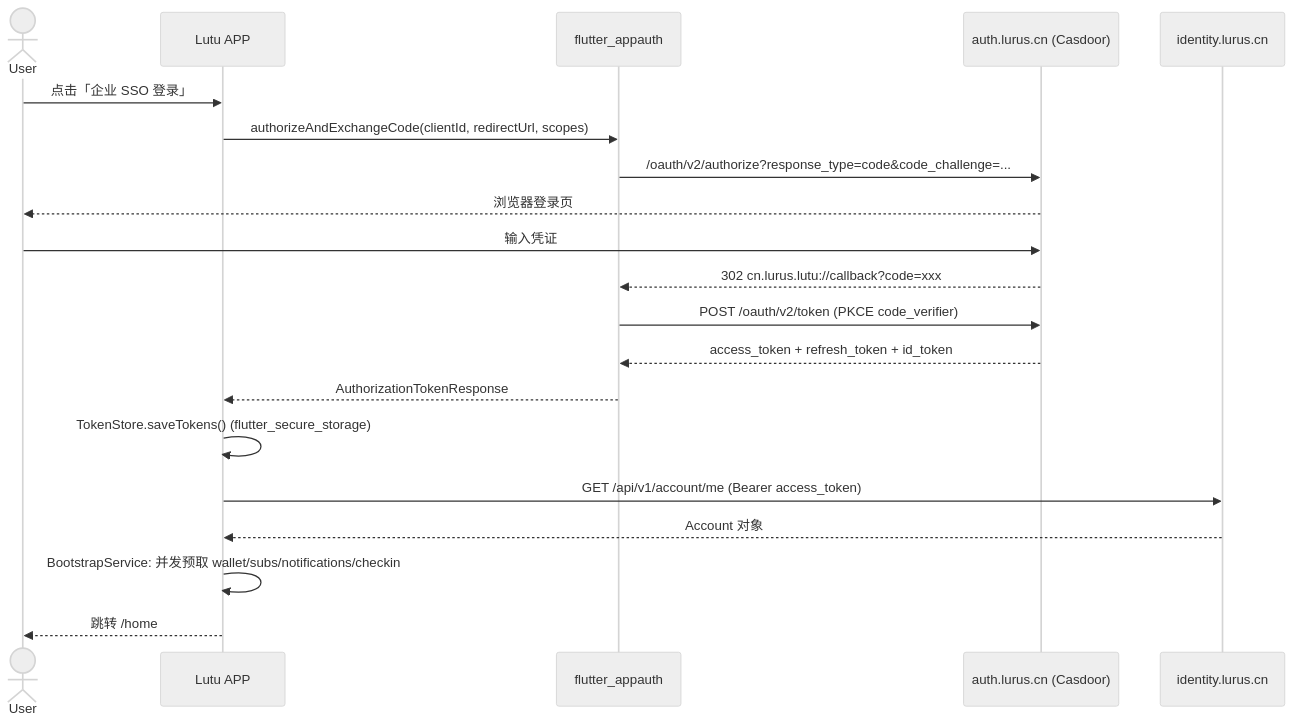
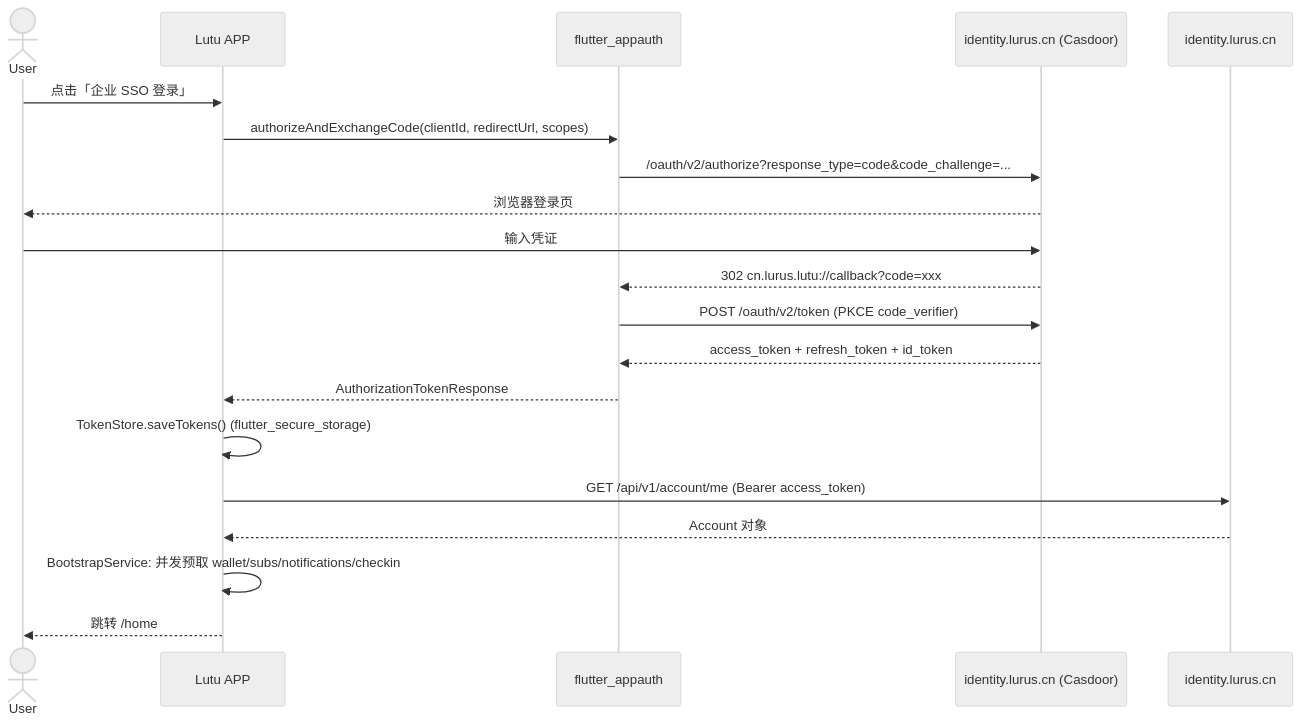
Before and after one commit to hanmahong5-arch/lurus-docs: the second of 7 diagrams in internal/products/lutu.md, drawn with Mermaid (neutral theme). The commit also changed other lines of this file and 76 other files, not shown here.

````diff
--- a/internal/products/lutu.md
+++ b/internal/products/lutu.md
@@ -96,23 +96,23 @@
 ```mermaid
 sequenceDiagram
     actor User
     participant App as Lutu APP
     participant AppAuth as flutter_appauth
-    participant Casdoor as auth.lurus.cn (Casdoor)
+    participant Casdoor as identity.lurus.cn (Casdoor)
     participant Platform as identity.lurus.cn
 
     User->>App: 点击「企业 SSO 登录」
     App->>AppAuth: authorizeAndExchangeCode(clientId, redirectUrl, scopes)
     AppAuth->>Casdoor: /oauth/v2/authorize?response_type=code&code_challenge=...
     Casdoor-->>User: 浏览器登录页
     User->>Casdoor: 输入凭证
     Casdoor-->>AppAuth: 302 cn.lurus.lutu://callback?code=xxx
     AppAuth->>Casdoor: POST /oauth/v2/token (PKCE code_verifier)
     Casdoor-->>AppAuth: access_token + refresh_token + id_token
     AppAuth-->>App: AuthorizationTokenResponse
     App->>App: TokenStore.saveTokens() (flutter_secure_storage)
     App->>Platform: GET /api/v1/account/me (Bearer access_token)
     Platform-->>App: Account 对象
     App->>App: BootstrapService: 并发预取 wallet/subs/notifications/checkin
     App-->>User: 跳转 /home
 ```
````
